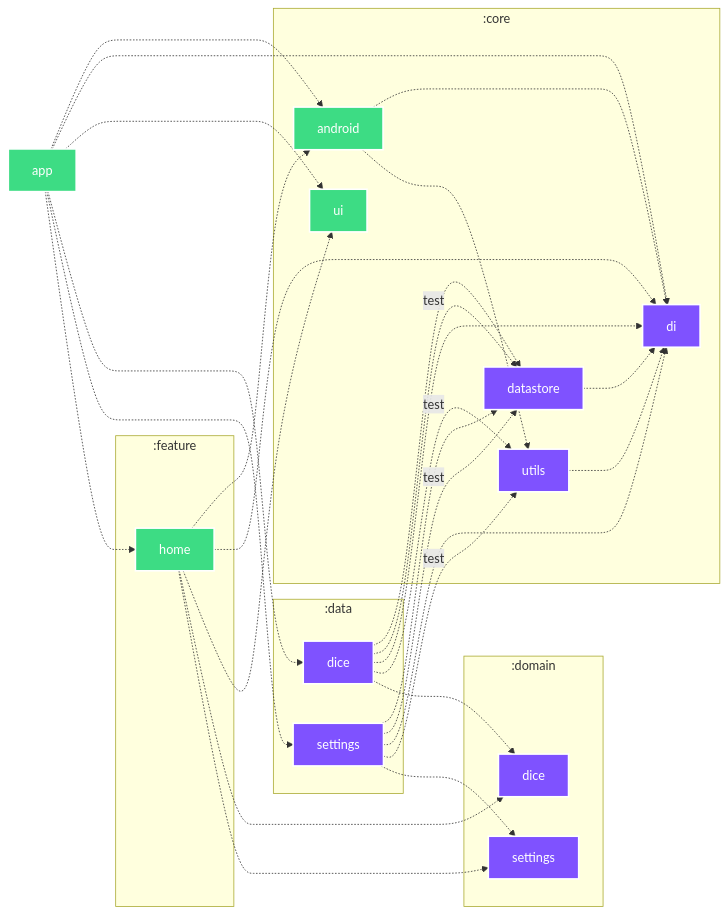
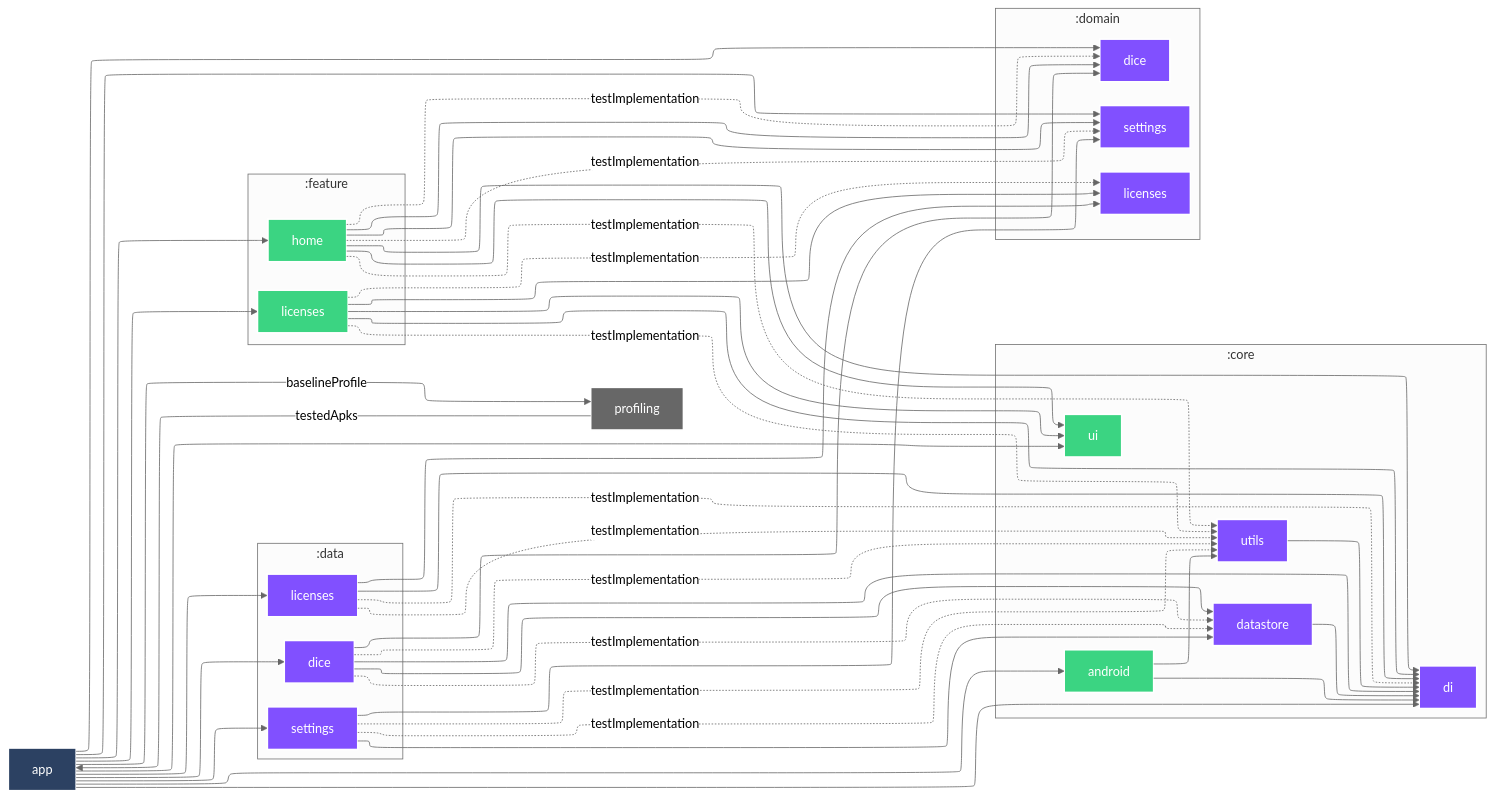
The diagram in README.md (SimonMarquis/Android-Playground), drawn with Mermaid before and after one commit. The commit also changed other lines of this file, not shown here.

Commit message:
Update architecture diagram

````diff
--- a/README.md
+++ b/README.md
@@ -99,51 +101,110 @@
 ```mermaid
+---
+config:
+  layout: elk
+  theme: neutral
+---
+
 graph LR
-  :app[app]:::android
-  subgraph :feature
-    :feature:home[home]:::android
+  :profiling["profiling"]
+  :app["app"]
+  :app["app"]
+  :profiling["profiling"]
+  subgraph :data
+    :data:dice["dice"]
+    :data:dice["dice"]
+    :data:licenses["licenses"]
+    :data:settings["settings"]
+    :data:licenses["licenses"]
+    :data:settings["settings"]
+  end
+  subgraph :core
+    :core:datastore["datastore"]
+    :core:di["di"]
+    :core:datastore["datastore"]
+    :core:utils["utils"]
+    :core:ui["ui"]
+    :core:android["android"]
+    :core:datastore["datastore"]
+    :core:di["di"]
+    :core:android["android"]
+    :core:utils["utils"]
+    :core:utils["utils"]
   end
   subgraph :domain
-    :domain:dice[dice]:::jvm
-    :domain:settings[settings]:::jvm
+    :domain:dice["dice"]
+    :domain:licenses["licenses"]
+    :domain:licenses["licenses"]
+    :domain:settings["settings"]
+    :domain:dice["dice"]
+    :domain:settings["settings"]
   end
-  subgraph :data
-    :data:dice[dice]:::jvm
-    :data:settings[settings]:::jvm
-  end
-  subgraph :core
-    :core:android[android]:::android
-    :core:datastore[datastore]:::jvm
-    :core:di[di]:::jvm
-    :core:ui[ui]:::android
-    :core:utils[utils]:::jvm
+  subgraph :feature
+    :feature:licenses["licenses"]
+    :feature:home["home"]
+    :feature:licenses["licenses"]
+    :feature:home["home"]
   end
 
-  :app -.-> :core:android
-  :app -.-> :core:di
-  :app -.-> :core:ui
-  :app -.-> :data:dice
-  :app -.-> :data:settings
-  :app -.-> :feature:home
-  :core:android -.-> :core:di
-  :core:android -.-> :core:utils
-  :core:datastore -.-> :core:di
-  :core:utils -.-> :core:di
-  :data:dice -.-> :core:datastore
-  :data:dice -.->|test| :core:datastore
-  :data:dice -.-> :core:di
-  :data:dice -.->|test| :core:utils
-  :data:dice -.-> :domain:dice
-  :data:settings -.-> :core:datastore
-  :data:settings -.->|test| :core:datastore
-  :data:settings -.-> :core:di
-  :data:settings -.->|test| :core:utils
-  :data:settings -.-> :domain:settings
-  :feature:home -.-> :core:android
-  :feature:home -.-> :core:di
-  :feature:home -.-> :core:ui
-  :feature:home -.-> :domain:dice
-  :feature:home -.-> :domain:settings
+  :data:dice --> :core:datastore
+  :data:dice --> :core:di
+  :data:dice --> :domain:dice
+  :data:dice -. testImplementation .-> :core:datastore
+  :data:dice -. testImplementation .-> :core:utils
+  :profiling -- testedApks --> :app
+  :feature:licenses --> :core:di
+  :feature:licenses --> :core:ui
+  :feature:licenses --> :domain:licenses
+  :feature:licenses -. testImplementation .-> :domain:licenses
+  :feature:licenses -. testImplementation .-> :core:utils
+  :app -- baselineProfile --> :profiling
+  :app --> :feature:home
+  :app --> :feature:licenses
+  :app --> :core:android
+  :app --> :core:di
+  :app --> :core:ui
+  :app --> :domain:dice
+  :app --> :domain:settings
+  :app --> :data:dice
+  :app --> :data:licenses
+  :app --> :data:settings
+  :core:datastore --> :core:di
+  :data:licenses --> :core:di
+  :data:licenses --> :domain:licenses
+  :data:licenses -. testImplementation .-> :core:di
+  :data:licenses -. testImplementation .-> :core:utils
+  :feature:home --> :core:di
+  :feature:home --> :core:ui
+  :feature:home --> :domain:dice
+  :feature:home --> :domain:settings
+  :feature:home -. testImplementation .-> :core:utils
+  :feature:home -. testImplementation .-> :domain:dice
+  :feature:home -. testImplementation .-> :domain:settings
+  :data:settings --> :core:datastore
+  :data:settings --> :domain:settings
+  :data:settings -. testImplementation .-> :core:datastore
+  :data:settings -. testImplementation .-> :core:utils
+  :core:android --> :core:di
+  :core:android --> :core:utils
+  :core:utils --> :core:di
 
-  classDef android fill:#3ddc84,stroke:#fff,stroke-width:2px,color:#fff;
-  classDef jvm fill:#7F52FF,stroke:#fff,stroke-width:2px,color:#fff;
+  classDef kotlin-jvm fill:#8150FF,stroke:#fff,stroke-width:2px,color:#fff;
+  classDef unknown fill:#676767,stroke:#fff,stroke-width:2px,color:#fff;
+  classDef android-application fill:#2C4162,stroke:#fff,stroke-width:2px,color:#fff;
+  classDef android-library fill:#3BD482,stroke:#fff,stroke-width:2px,color:#fff;
+  class :data:dice kotlin-jvm
+  class :core:datastore kotlin-jvm
+  class :core:di kotlin-jvm
+  class :domain:dice kotlin-jvm
+  class :core:utils kotlin-jvm
+  class :profiling unknown
+  class :app android-application
+  class :feature:licenses android-library
+  class :core:ui android-library
+  class :domain:licenses kotlin-jvm
+  class :feature:home android-library
+  class :core:android android-library
+  class :domain:settings kotlin-jvm
+  class :data:licenses kotlin-jvm
+  class :data:settings kotlin-jvm
 ```
````
